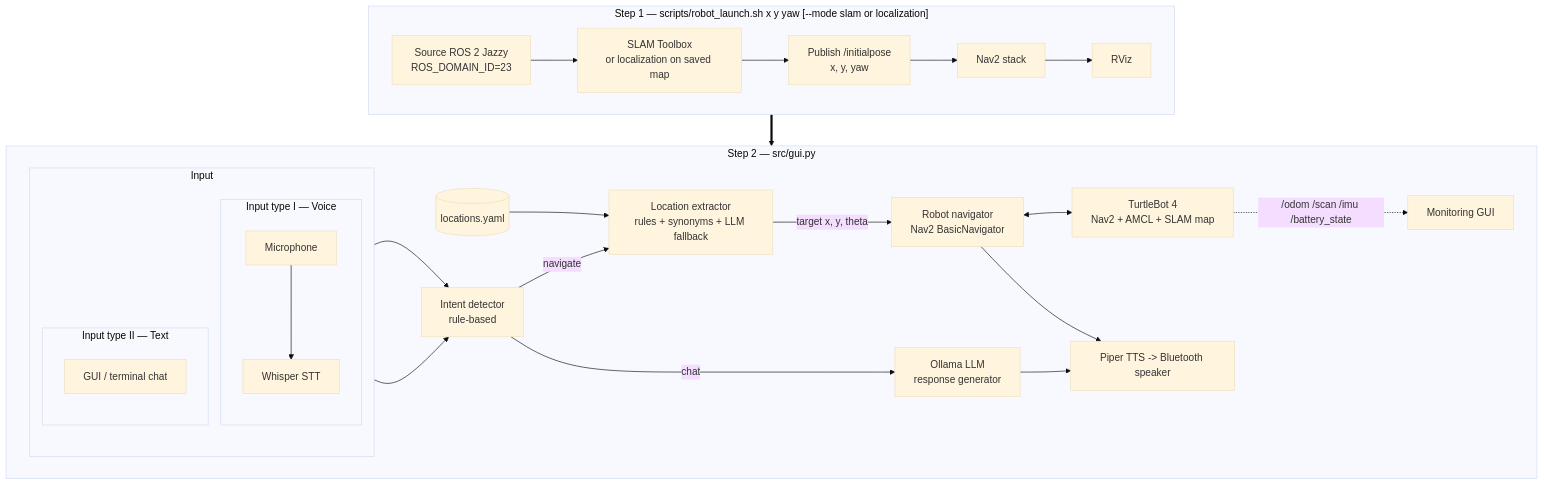
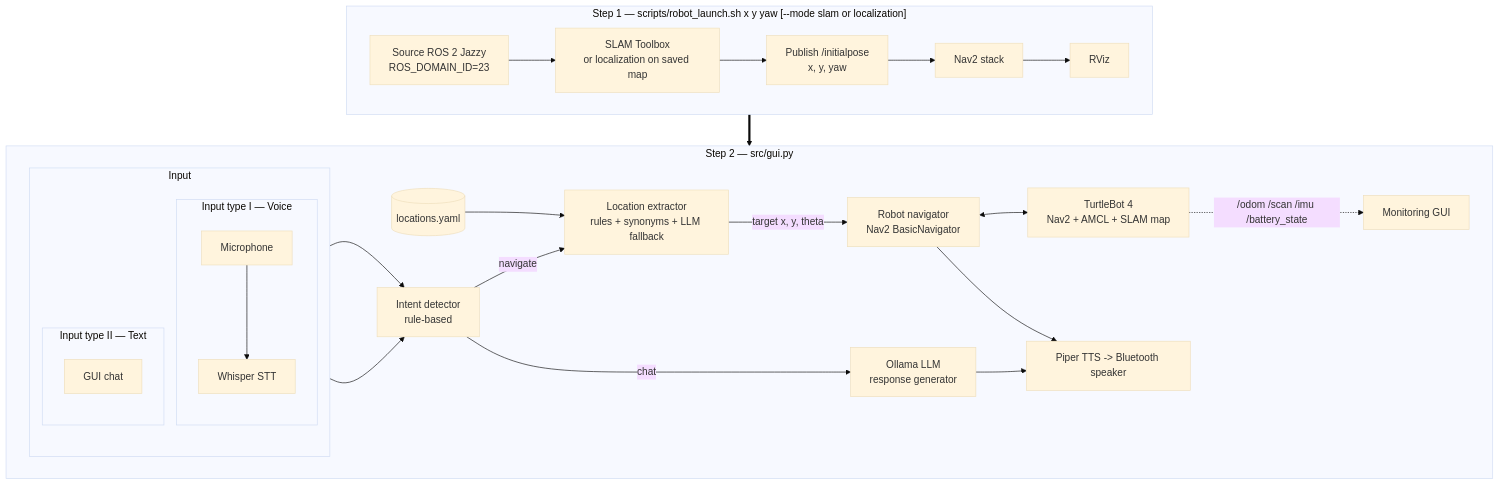
The first of 4 diagrams in README.md (Huzaifa-Rahim-Malik/LLM-Based-Navigation-Using-Turtlebot4), drawn with Mermaid (base theme) before and after one commit. The commit also changed other lines of this file and 1 other file, not shown here.

````diff
--- a/README.md
+++ b/README.md
@@ -33,35 +33,35 @@
 ```mermaid
 flowchart TB
     subgraph S1["Step 1 — scripts/robot_launch.sh  x y yaw  [--mode slam or localization]"]
       direction LR
       L1["Source ROS 2 Jazzy<br/>ROS_DOMAIN_ID=23"] --> L2["SLAM Toolbox<br/>or localization on saved map"]
       L2 --> L3["Publish /initialpose<br/>x, y, yaw"]
       L3 --> L4["Nav2 stack"]
       L4 --> L5["RViz"]
     end
 
     subgraph S2["Step 2 — src/gui.py"]
       direction LR
       subgraph Input["Input"]
         direction TB
         subgraph IN1["Input type I — Voice"]
           MIC[Microphone] --> STT[Whisper STT]
         end
         subgraph IN2["Input type II — Text"]
-          TXT["GUI / terminal chat"]
+          TXT["GUI chat"]
         end
       end
       STT --> INT["Intent detector<br/>rule-based"]
       TXT --> INT
       INT -- chat --> LLM["Ollama LLM<br/>response generator"]
       INT -- navigate --> LOC["Location extractor<br/>rules + synonyms + LLM fallback"]
       LM[("locations.yaml")] --> LOC
       LOC -- "target x, y, theta" --> NAV["Robot navigator<br/>Nav2 BasicNavigator"]
       NAV <--> ROBOT["TurtleBot 4<br/>Nav2 + AMCL + SLAM map"]
       LLM --> TTS["Piper TTS -> Bluetooth speaker"]
       NAV --> TTS
       ROBOT -. "/odom /scan /imu /battery_state" .-> GUI["Monitoring GUI"]
     end
 
     S1 ==> S2
 ```
````
